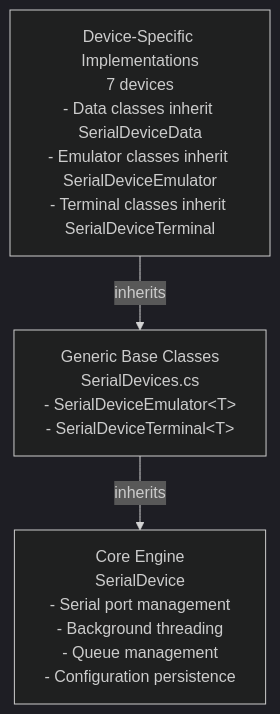
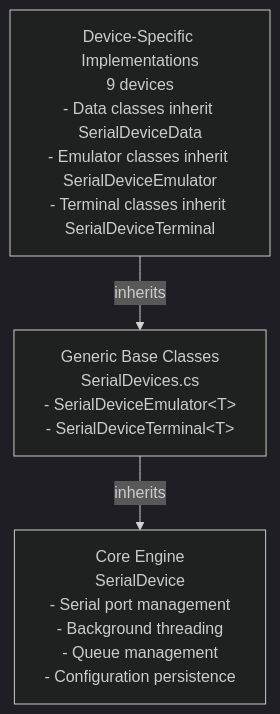
The first of 2 diagrams in Documents/Design/CODE_ANALYSIS_NLib.Serial.Devices.md (chumpon-asaneerat/NSerialCommTools), drawn with Mermaid (dark theme) before and after one commit. The commit also changed other lines of this file and 1 other file, not shown here.

````diff
--- a/Documents/Design/CODE_ANALYSIS_NLib.Serial.Devices.md
+++ b/Documents/Design/CODE_ANALYSIS_NLib.Serial.Devices.md
@@ -25,9 +25,9 @@
 ```mermaid
 graph TD
-    A[Device-Specific Implementations<br/>7 devices<br/>- Data classes inherit SerialDeviceData<br/>- Emulator classes inherit SerialDeviceEmulator<br/>- Terminal classes inherit SerialDeviceTerminal]
+    A[Device-Specific Implementations<br/>9 devices<br/>- Data classes inherit SerialDeviceData<br/>- Emulator classes inherit SerialDeviceEmulator<br/>- Terminal classes inherit SerialDeviceTerminal]
     B[Generic Base Classes<br/>SerialDevices.cs<br/>- SerialDeviceEmulator&lt;T&gt;<br/>- SerialDeviceTerminal&lt;T&gt;]
     C[Core Engine<br/>SerialDevice<br/>- Serial port management<br/>- Background threading<br/>- Queue management<br/>- Configuration persistence]
 
     A -->|inherits| B
     B -->|inherits| C
 ```
````
